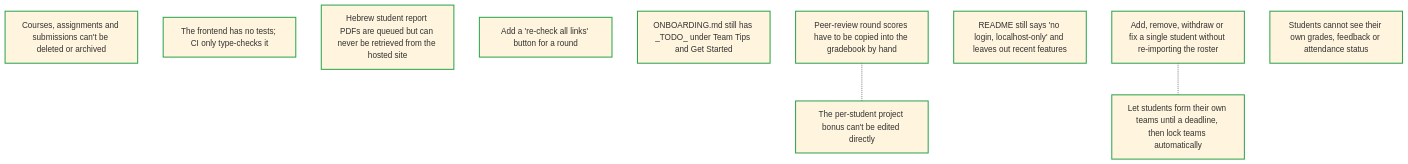
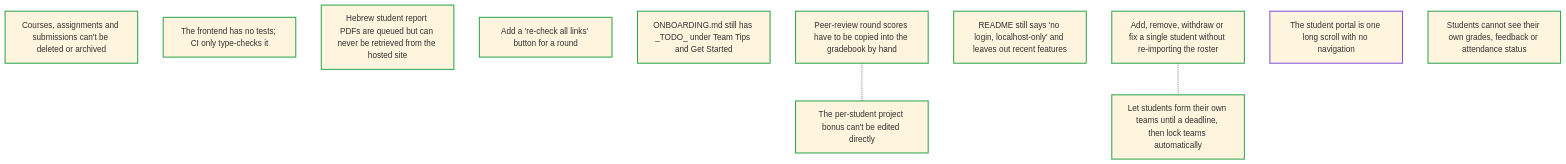
Before and after one commit to gald33/course-grader: the diagram in roadmap/ROADMAP.md, drawn with Mermaid (base theme). The commit also changed other lines of this file and 5 other files, not shown here.

First line of the commit message:
Student portal: Home with an up-next strip, and Grades/Team/Peer review/Course info tabs

````diff
--- a/roadmap/ROADMAP.md
+++ b/roadmap/ROADMAP.md
@@ -45,22 +49,23 @@
 ```mermaid
 graph TD
   classDef ready stroke:#2da44e,stroke-width:2px
   classDef deferred stroke:#9a6700,stroke-width:1px,stroke-dasharray:4 3
   classDef blocked stroke:#cf222e,stroke-width:2px
   classDef claimed stroke:#8250df,stroke-width:2px
   classDef verifying stroke:#0969da,stroke-width:2px,stroke-dasharray:6 3
   classDef done stroke:#8c959f,stroke-width:1px,stroke-dasharray:5 4
   courses_and_submissions_cannot_be_deleted["Courses, assignments and submissions can't be deleted or archived"]:::ready
   frontend_has_no_tests["The frontend has no tests; CI only type-checks it"]:::ready
   hebrew_report_pdfs_cannot_be_downloaded["Hebrew student report PDFs are queued but can never be retrieved from the hosted site"]:::ready
   no_button_to_recheck_site_links["Add a 're-check all links' button for a round"]:::ready
   onboarding_guide_has_todo_sections["ONBOARDING.md still has _TODO_ under Team Tips and Get Started"]:::ready
   peer_round_scores_never_reach_the_gradebook["Peer-review round scores have to be copied into the gradebook by hand"]:::ready
   project_bonus_has_no_editor["The per-student project bonus can't be edited directly"]:::ready
   readme_describes_a_localhost_only_app["README still says 'no login, localhost-only' and leaves out recent features"]:::ready
   roster_cannot_be_edited_per_student["Add, remove, withdraw or fix a single student without re-importing the roster"]:::ready
+  student_portal_is_one_long_scroll["The student portal is one long scroll with no navigation"]:::claimed
   students_cannot_see_their_own_grades["Students cannot see their own grades, feedback or attendance status"]:::ready
   team_formation_closes_at_a_deadline["Let students form their own teams until a deadline, then lock teams automatically"]:::ready
   peer_round_scores_never_reach_the_gradebook -.- project_bonus_has_no_editor
   roster_cannot_be_edited_per_student -.- team_formation_closes_at_a_deadline
 ```
````
